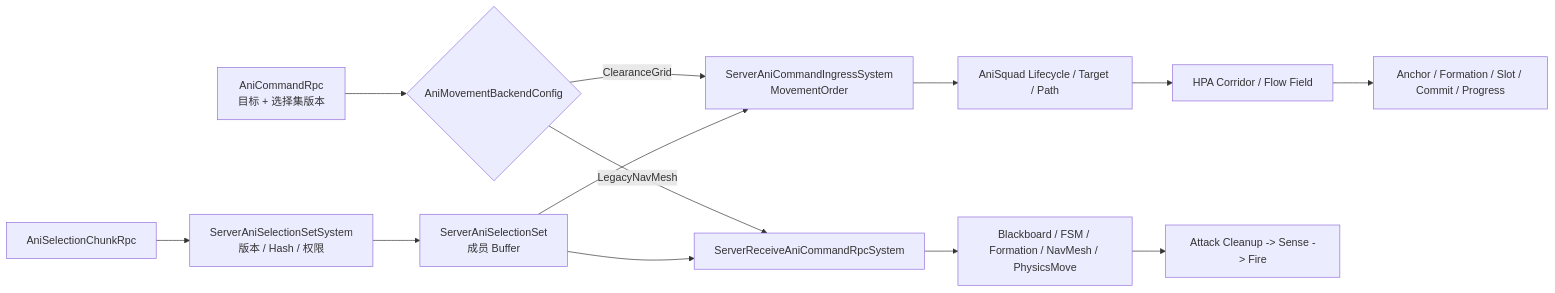
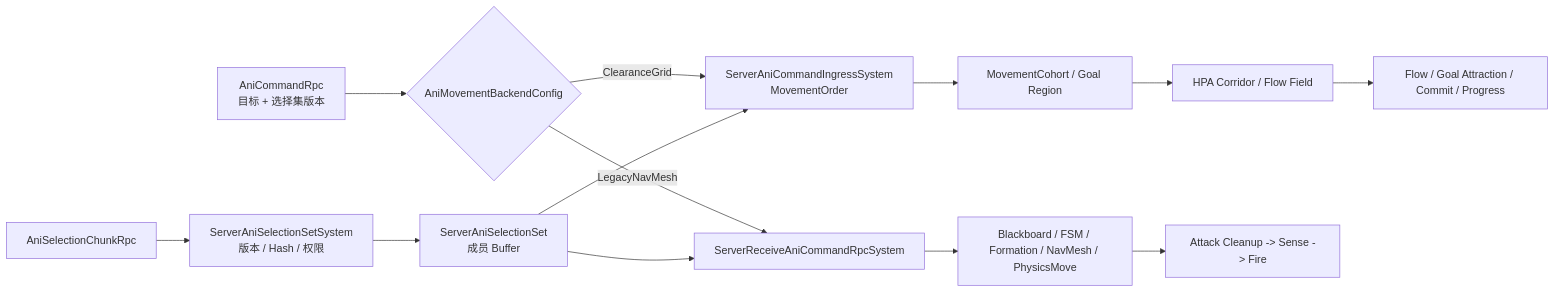
Before and after one commit to mcaswen/AnimarsCatcher: the third of 3 diagrams in docs/Architecture/02_ECSDataModel.md, drawn with Mermaid. The commit also changed other lines of this file and 29 other files, not shown here.

````diff
--- a/docs/Architecture/02_ECSDataModel.md
+++ b/docs/Architecture/02_ECSDataModel.md
@@ -187,23 +189,23 @@
 ```mermaid
 flowchart LR
     SelectRpc[AniSelectionChunkRpc]
     Selection[ServerAniSelectionSetSystem<br/>版本 / Hash / 权限]
     Set[ServerAniSelectionSet<br/>成员 Buffer]
     Rpc[AniCommandRpc<br/>目标 + 选择集版本]
     Backend{AniMovementBackendConfig}
     GridIngress[ServerAniCommandIngressSystem<br/>MovementOrder]
-    Squad[AniSquad Lifecycle / Target / Path]
+    Cohort[MovementCohort / Goal Region]
     Field[HPA Corridor / Flow Field]
-    GridMove[Anchor / Formation / Slot / Commit / Progress]
+    GridMove[Flow / Goal Attraction / Commit / Progress]
     LegacyIngress[ServerReceiveAniCommandRpcSystem]
     Legacy[Blackboard / FSM / Formation / NavMesh / PhysicsMove]
     Combat[Attack Cleanup -> Sense -> Fire]
 
     SelectRpc --> Selection --> Set
     Rpc --> Backend
-    Backend -->|ClearanceGrid| GridIngress --> Squad --> Field --> GridMove
+    Backend -->|ClearanceGrid| GridIngress --> Cohort --> Field --> GridMove
     Backend -->|LegacyNavMesh| LegacyIngress --> Legacy
     Set --> GridIngress
     Set --> LegacyIngress
     Legacy --> Combat
 ```
````
